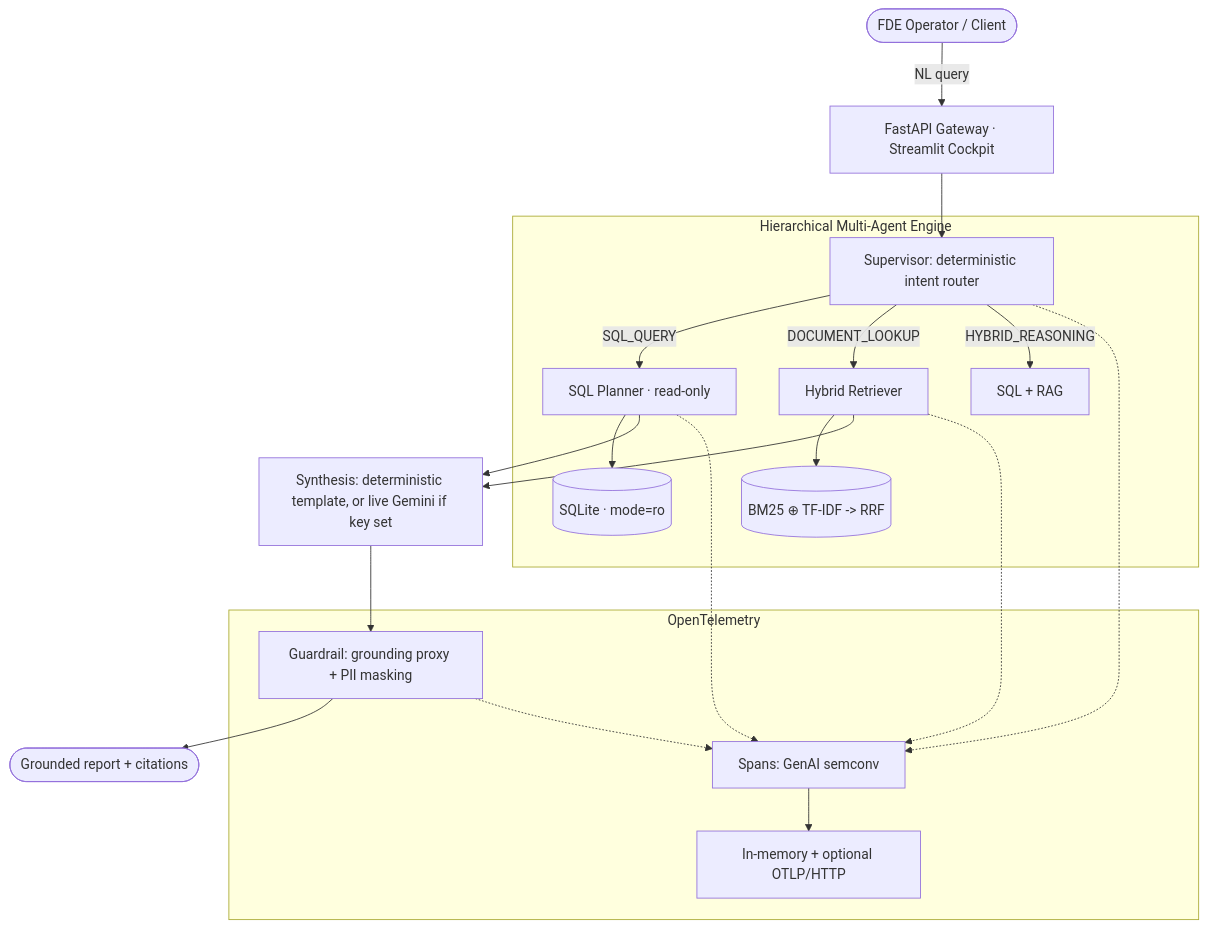
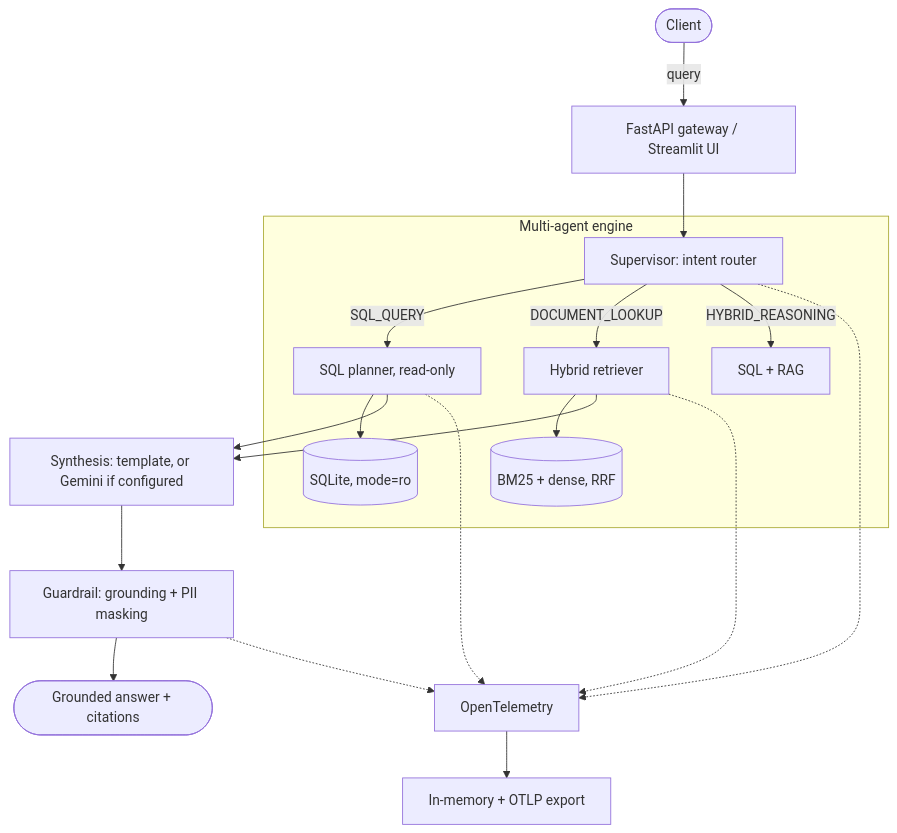
Before and after one commit to The-AnkitPatel/NexusOps: the diagram in README.md, drawn with Mermaid. The commit also changed other lines of this file and 3 other files, not shown here.

````diff
--- a/README.md
+++ b/README.md
@@ -45,26 +34,24 @@
 ```mermaid
 flowchart TD
-    User([FDE Operator / Client]) -->|NL query| API[FastAPI Gateway · Streamlit Cockpit]
-    API --> Sup[Supervisor: deterministic intent router]
+    Client([Client]) -->|query| API[FastAPI gateway / Streamlit UI]
+    API --> Router[Supervisor: intent router]
 
-    subgraph Engine [Hierarchical Multi-Agent Engine]
-        Sup -->|SQL_QUERY| SQL[SQL Planner · read-only]
-        Sup -->|DOCUMENT_LOOKUP| RAG[Hybrid Retriever]
-        Sup -->|HYBRID_REASONING| Both[SQL + RAG]
-        SQL --> DB[(SQLite · mode=ro)]
-        RAG --> Index[(BM25 ⊕ TF-IDF -> RRF)]
+    subgraph Engine [Multi-agent engine]
+        Router -->|SQL_QUERY| SQL[SQL planner, read-only]
+        Router -->|DOCUMENT_LOOKUP| RAG[Hybrid retriever]
+        Router -->|HYBRID_REASONING| Both[SQL + RAG]
+        SQL --> DB[(SQLite, mode=ro)]
+        RAG --> Index[(BM25 + dense, RRF)]
     end
 
-    SQL --> Synth[Synthesis: deterministic template, or live Gemini if key set]
+    SQL --> Synth[Synthesis: template, or Gemini if configured]
     RAG --> Synth
-    Synth --> Guard[Guardrail: grounding proxy + PII masking]
-    Guard --> Out([Grounded report + citations])
+    Synth --> Guard[Guardrail: grounding + PII masking]
+    Guard --> Out([Grounded answer + citations])
 
-    subgraph Obs [OpenTelemetry]
-        Sup -.-> OTel[Spans: GenAI semconv]
-        SQL -.-> OTel
-        RAG -.-> OTel
-        Guard -.-> OTel
-        OTel --> Export[In-memory + optional OTLP/HTTP]
-    end
+    Router -.-> OTel[OpenTelemetry]
+    SQL -.-> OTel
+    RAG -.-> OTel
+    Guard -.-> OTel
+    OTel --> Export[In-memory + OTLP export]
 ```
````
